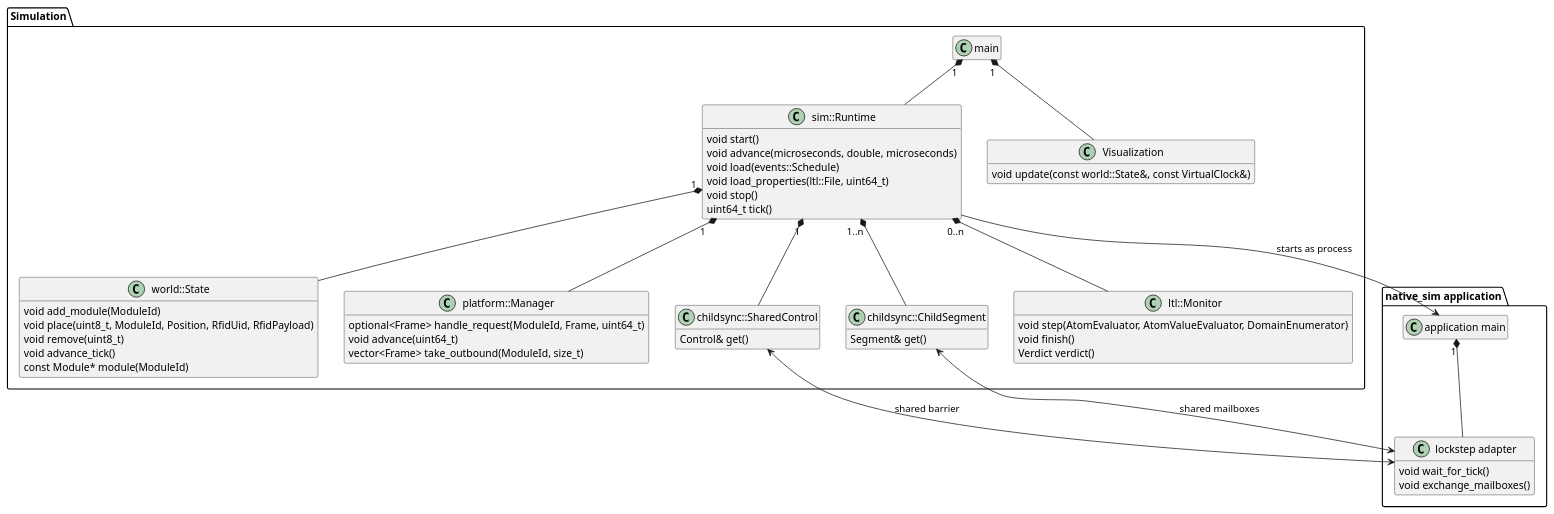
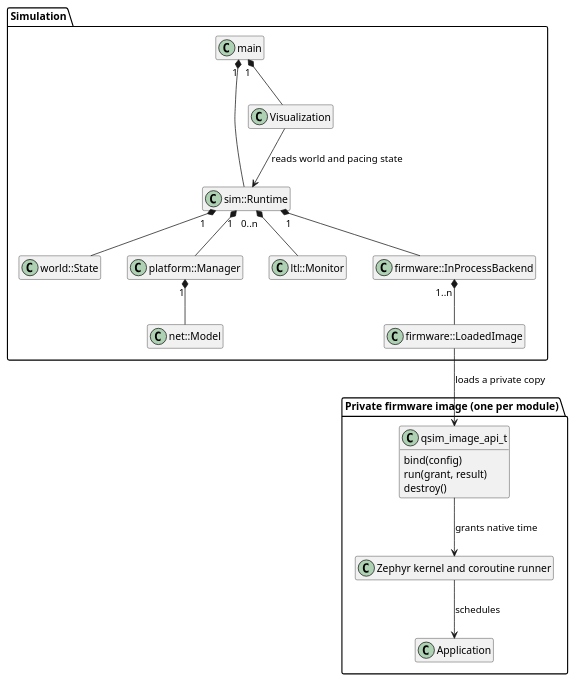
Before and after one commit to spaceface777/q_simulator: the diagram in docs/diagrams/class.puml, drawn with PlantUML. The commit also changed 4 other files, not shown here.

Commit message:
Document firmware image execution and configuration

```diff
--- a/docs/diagrams/class.puml
+++ b/docs/diagrams/class.puml
@@ -1,70 +1,35 @@
 @startuml Class diagram
+hide empty members
 package Simulation {
-
-hide empty members
-class mainS as "main" {}
-
-class "sim::Runtime" {
- void start()
- void advance(microseconds, double, microseconds)
- void load(events::Schedule)
- void load_properties(ltl::File, uint64_t)
- void stop()
- uint64_t tick()
+  class main
+  class "sim::Runtime"
+  class "world::State"
+  class "platform::Manager"
+  class "net::Model"
+  class "ltl::Monitor"
+  class "firmware::InProcessBackend"
+  class "firmware::LoadedImage"
+  class Visualization
 }
-
-class "world::State" {
- void add_module(ModuleId)
- void place(uint8_t, ModuleId, Position, RfidUid, RfidPayload)
- void remove(uint8_t)
- void advance_tick()
- const Module* module(ModuleId)
+package "Private firmware image (one per module)" {
+  class "qsim_image_api_t" {
+    bind(config)
+    run(grant, result)
+    destroy()
+  }
+  class "Zephyr kernel and coroutine runner"
+  class Application
 }
-
-class "platform::Manager" {
- optional<Frame> handle_request(ModuleId, Frame, uint64_t)
- void advance(uint64_t)
- vector<Frame> take_outbound(ModuleId, size_t)
-}
-
-class "childsync::SharedControl" {
- Control& get()
-}
-
-class "childsync::ChildSegment" {
- Segment& get()
-}
-
-class "ltl::Monitor" {
- void step(AtomEvaluator, AtomValueEvaluator, DomainEnumerator)
- void finish()
- Verdict verdict()
-}
-
-class Visualization {
- void update(const world::State&, const VirtualClock&)
-}
-
-}
-
-package "native_sim application" {
- hide empty members
- class app as "application main" {}
- class adapter as "lockstep adapter" {
-  void wait_for_tick()
-  void exchange_mailboxes()
- }
-}
-
-mainS "1" *-- "sim::Runtime"
-mainS "1" *-- Visualization
+main "1" *-- "sim::Runtime"
+main "1" *-- Visualization
 "sim::Runtime" "1" *-- "world::State"
 "sim::Runtime" "1" *-- "platform::Manager"
-"sim::Runtime" "1" *-- "childsync::SharedControl"
-"sim::Runtime" "1..n" *-- "childsync::ChildSegment"
+"platform::Manager" "1" *-- "net::Model"
 "sim::Runtime" "0..n" *-- "ltl::Monitor"
-"sim::Runtime" --> app : starts as process
-"childsync::SharedControl" <--> adapter : shared barrier
-"childsync::ChildSegment" <--> adapter : shared mailboxes
-app "1" *-- adapter
+"sim::Runtime" "1" *-- "firmware::InProcessBackend"
+"firmware::InProcessBackend" "1..n" *-- "firmware::LoadedImage"
+"firmware::LoadedImage" --> "qsim_image_api_t" : loads a private copy
+"qsim_image_api_t" --> "Zephyr kernel and coroutine runner" : grants native time
+"Zephyr kernel and coroutine runner" --> Application : schedules
+Visualization --> "sim::Runtime" : reads world and pacing state
 @enduml
```
